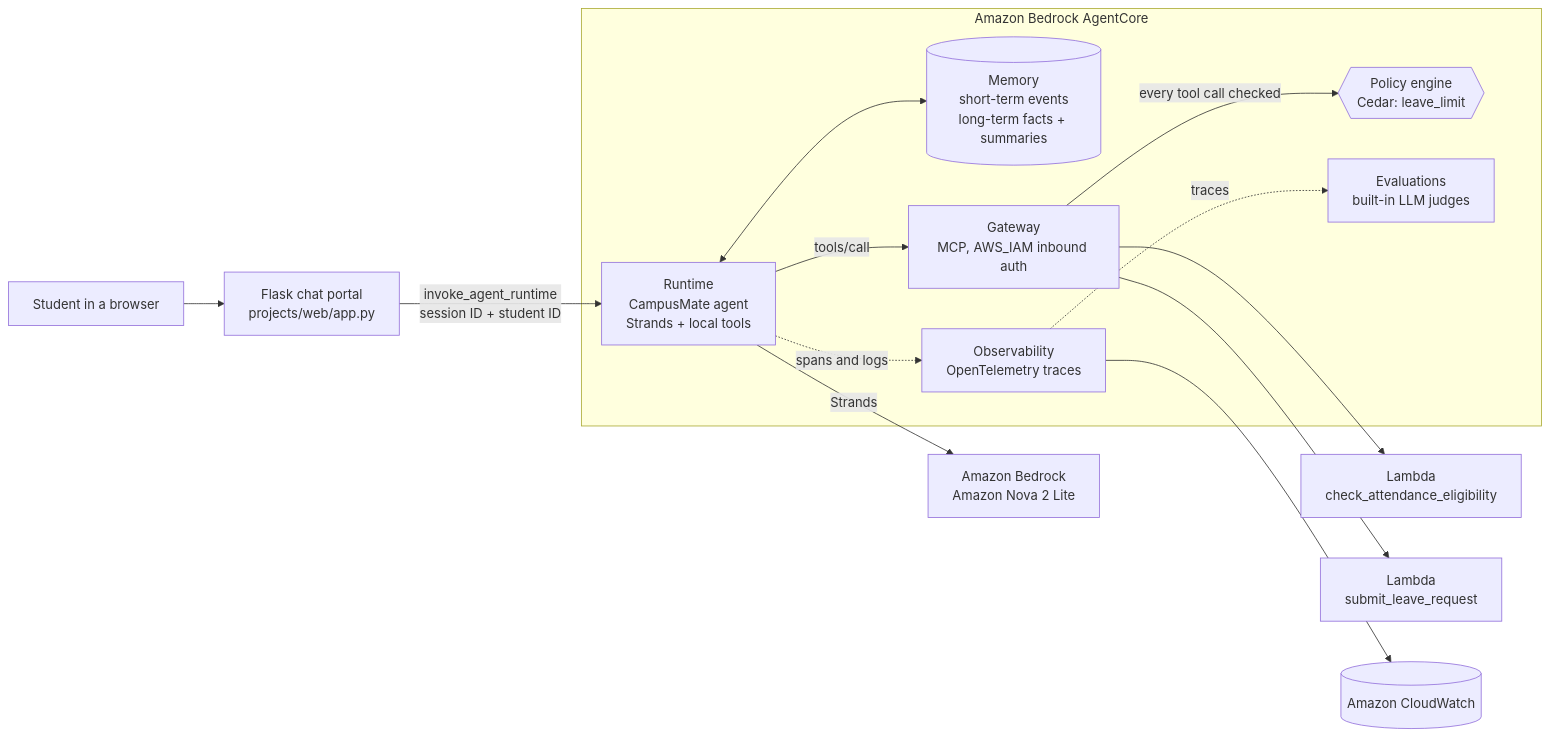
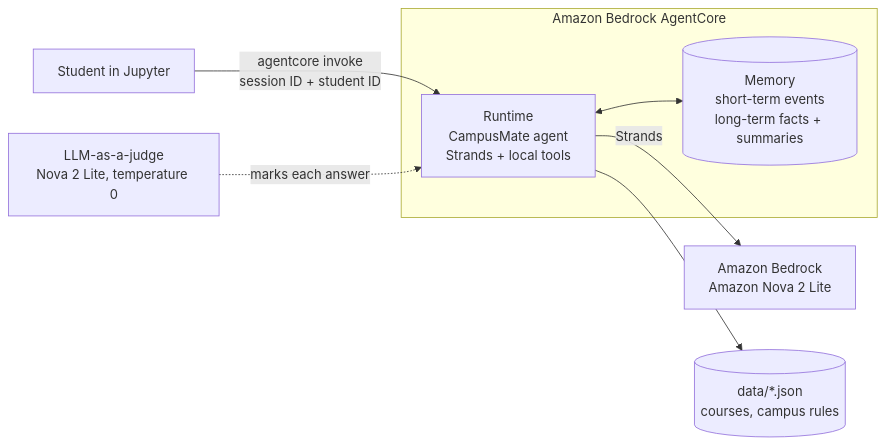
Before and after one commit to CharanReddy70/jain-university-workshop: the diagram in README.md, drawn with Mermaid. The commit also changed other lines of this file and 53 other files, not shown here.

````diff
--- a/README.md
+++ b/README.md
@@ -26,24 +25,12 @@
 ```mermaid
 flowchart LR
-    U[Student in a browser] --> W[Flask chat portal<br/>projects/web/app.py]
-    W -- invoke_agent_runtime<br/>session ID + student ID --> R
-
+    S[Student in Jupyter] -- agentcore invoke<br/>session ID + student ID --> R
     subgraph AC[Amazon Bedrock AgentCore]
         R[Runtime<br/>CampusMate agent<br/>Strands + local tools]
         M[(Memory<br/>short-term events<br/>long-term facts + summaries)]
-        G[Gateway<br/>MCP, AWS_IAM inbound auth]
-        P{{Policy engine<br/>Cedar: leave_limit}}
-        O[Observability<br/>OpenTelemetry traces]
-        E[Evaluations<br/>built-in LLM judges]
     end
-
     R -- Strands --> B[Amazon Bedrock<br/>Amazon Nova 2 Lite]
     R <--> M
-    R -- tools/call --> G
-    G -- every tool call checked --> P
-    G --> L1[Lambda<br/>check_attendance_eligibility]
-    G --> L2[Lambda<br/>submit_leave_request]
-    R -. spans and logs .-> O
-    O -. traces .-> E
-    O --> CW[(Amazon CloudWatch)]
+    R --> D[(data/*.json<br/>courses, campus rules)]
+    J[LLM-as-a-judge<br/>Nova 2 Lite, temperature 0] -. marks each answer .-> R
 ```
````
